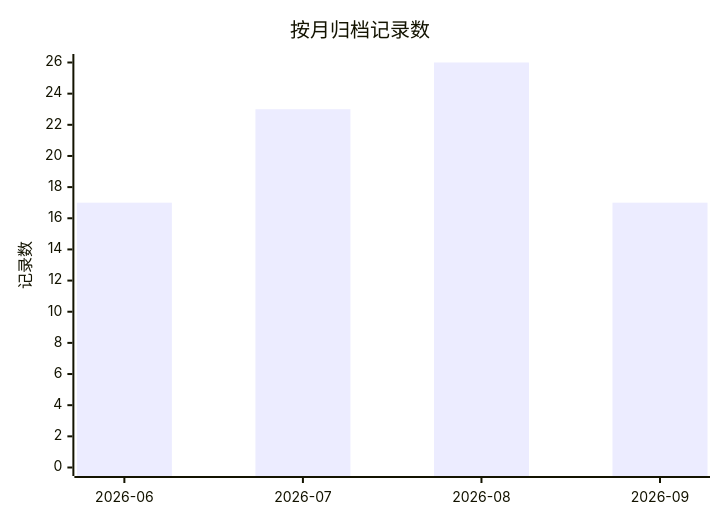
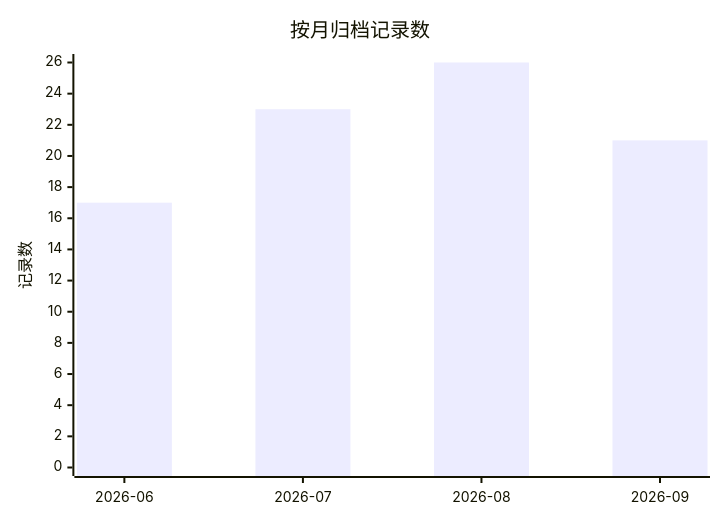
Before and after one commit to golddream-y/obsidian-ratel: the first of 2 diagrams in docs/superpowers/ARCHIVE.md, drawn with Mermaid. The commit also changed other lines of this file and 13 other files, not shown here.

````diff
--- a/docs/superpowers/ARCHIVE.md
+++ b/docs/superpowers/ARCHIVE.md
@@ -14,7 +14,7 @@
 ```mermaid
 xychart-beta
     title "按月归档记录数"
     x-axis ["2026-06", "2026-07", "2026-08", "2026-09"]
     y-axis "记录数" 0 --> 26
-    bar [17, 23, 26, 17]
+    bar [17, 23, 26, 21]
 ```
````
